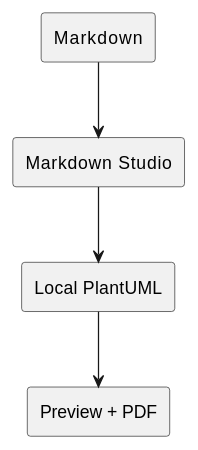
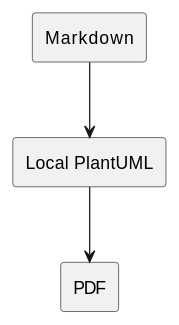
One commit to kino-6/vscode-markdown-studio changed the second of 2 diagrams in scripts/demo/marketplace-demo.md. Above: the diagram before and after it, drawn with PlantUML. The commit also changed other lines of this file and 2 other files, not shown here.

````diff
--- a/scripts/demo/marketplace-demo.md
+++ b/scripts/demo/marketplace-demo.md
@@ -24,9 +23,8 @@
 ```plantuml
 @startuml
 skinparam componentStyle rectangle
 skinparam shadowing false
-[Markdown] --> [Markdown Studio]
-[Markdown Studio] --> [Local PlantUML]
-[Local PlantUML] --> [Preview + PDF]
+[Markdown] --> [Local PlantUML]
+[Local PlantUML] --> [PDF]
 @enduml
 ```
````
